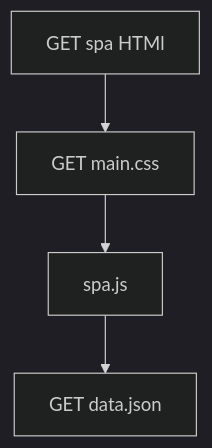
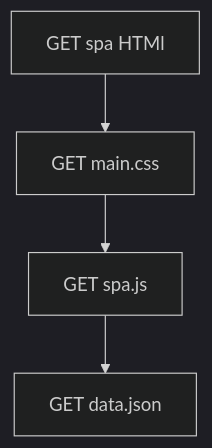
The diagram in teht0,5.md (Joltteni/fullstack0), drawn with Mermaid (dark theme) before and after one commit.

````diff
--- a/teht0,5.md
+++ b/teht0,5.md
@@ -1,7 +1,7 @@
 ```mermaid
 
 graph
     A[GET spa HTMl] --> B[GET main.css]
-    B --> C[spa.js]
+    B --> C[GET spa.js]
     C --> D[GET data.json]
 ```
````
